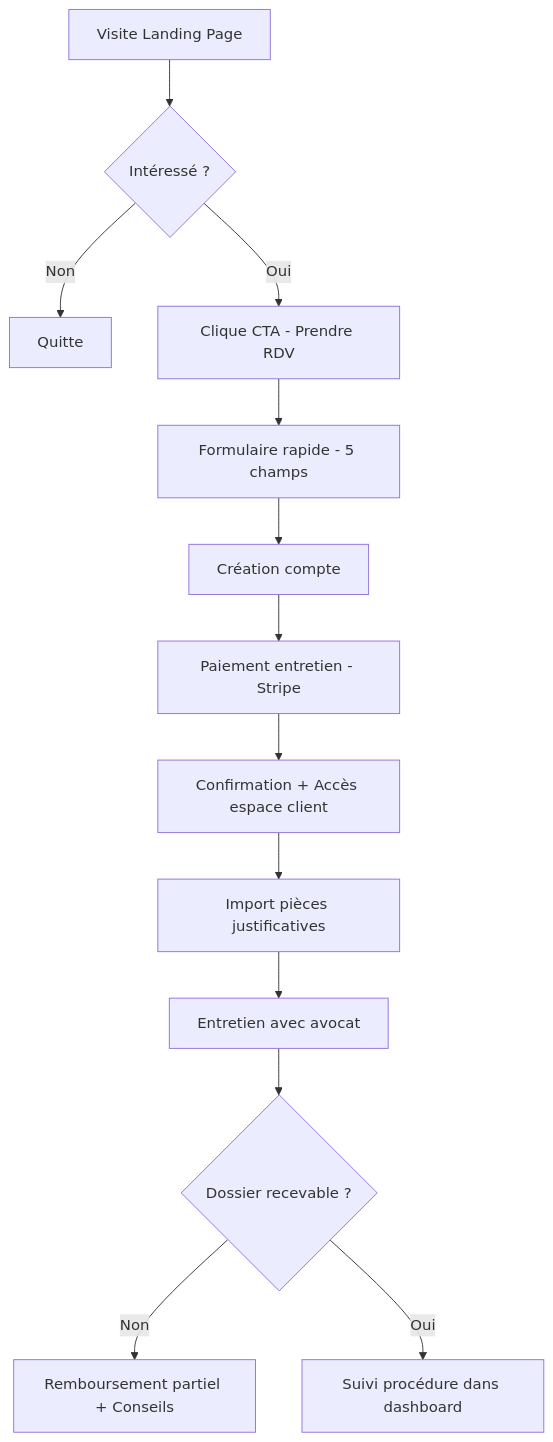
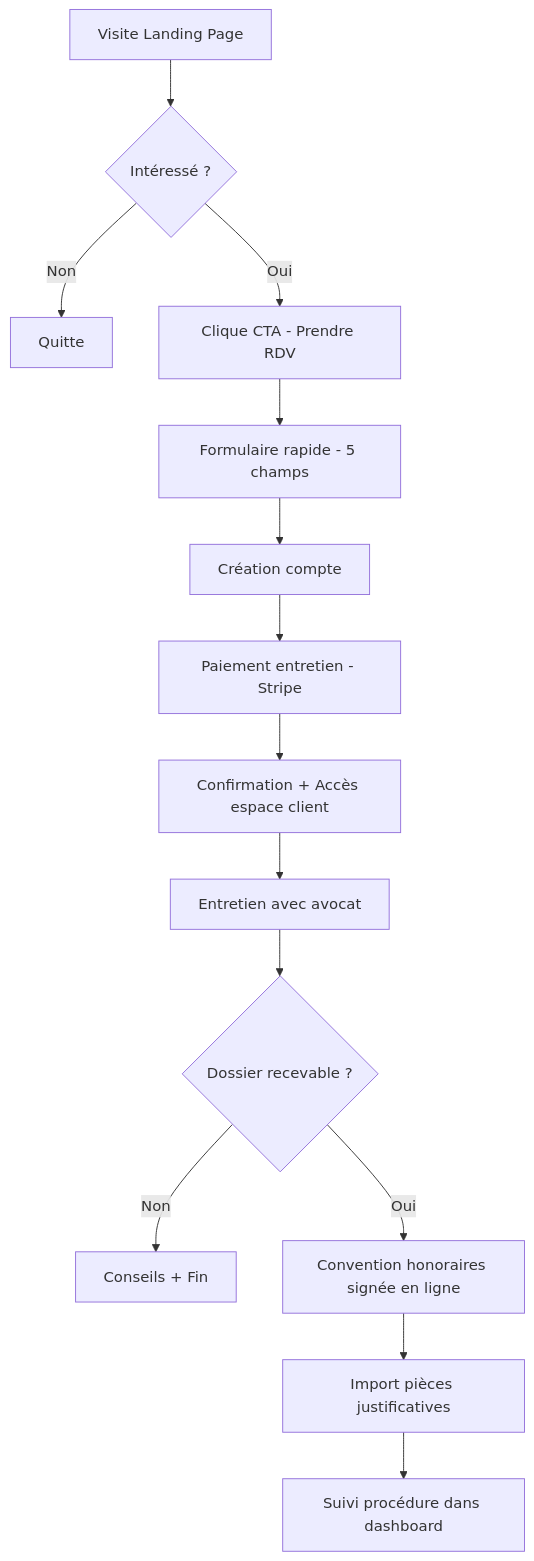
The first of 4 diagrams in README.md (NMajster/Corentin-app), drawn with Mermaid before and after one commit.

Commit message:
Fix: Parcours utilisateur - import pieces apres entretien + convention honoraires

````diff
--- a/README.md
+++ b/README.md
@@ -61,15 +61,16 @@
 ```mermaid
 flowchart TD
     A[Visite Landing Page] --> B{Intéressé ?}
     B -->|Non| Z[Quitte]
     B -->|Oui| C[Clique CTA - Prendre RDV]
     C --> D[Formulaire rapide - 5 champs]
     D --> E[Création compte]
     E --> F[Paiement entretien - Stripe]
     F --> G[Confirmation + Accès espace client]
-    G --> H[Import pièces justificatives]
-    H --> I[Entretien avec avocat]
-    I --> J{Dossier recevable ?}
-    J -->|Non| K[Remboursement partiel + Conseils]
-    J -->|Oui| L[Suivi procédure dans dashboard]
+    G --> H[Entretien avec avocat]
+    H --> I{Dossier recevable ?}
+    I -->|Non| K[Conseils + Fin]
+    I -->|Oui| J[Convention honoraires signée en ligne]
+    J --> L[Import pièces justificatives]
+    L --> M[Suivi procédure dans dashboard]
 ```
````
